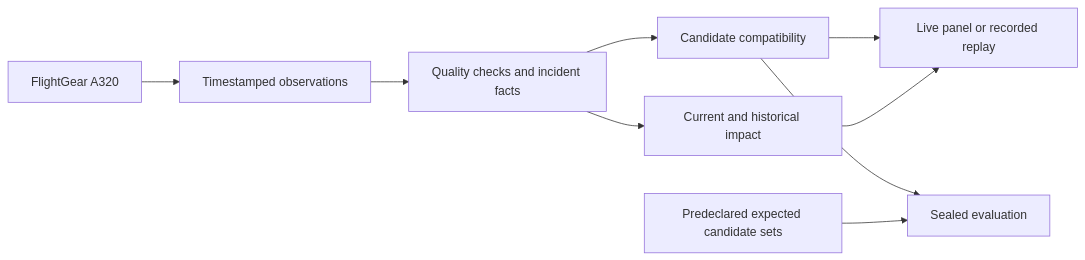
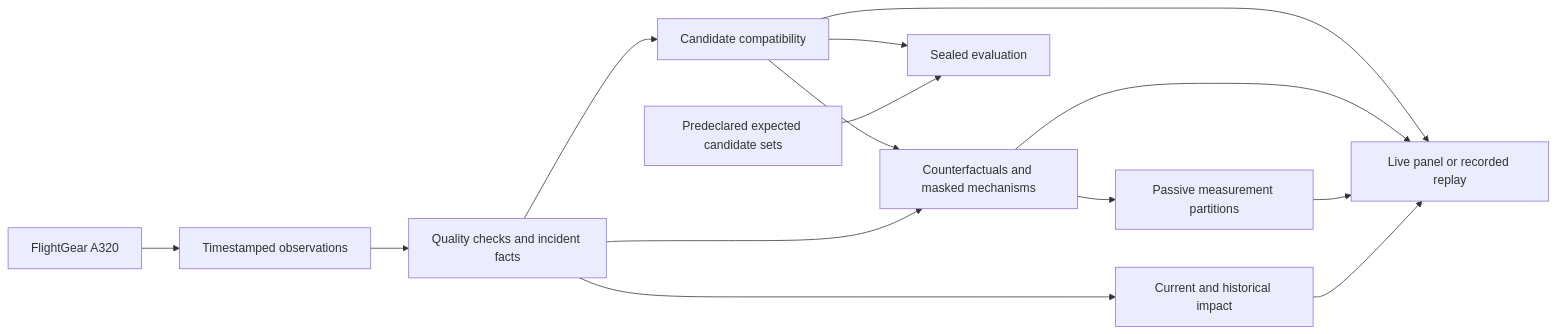
Before and after one commit to harshthakur-51/aerotrace: the diagram in docs/ARCHITECTURE.md, drawn with Mermaid. The commit also changed other lines of this file and 33 other files, not shown here.

````diff
--- a/docs/ARCHITECTURE.md
+++ b/docs/ARCHITECTURE.md
@@ -5,11 +5,16 @@
 ```mermaid
 flowchart LR
     FG[FlightGear A320] --> Obs[Timestamped observations]
     Obs --> Facts[Quality checks and incident facts]
     Facts --> Model[Candidate compatibility]
     Facts --> Impact[Current and historical impact]
     Model --> Viewer[Live panel or recorded replay]
+    Model --> Investigation[Counterfactuals and masked mechanisms]
+    Facts --> Investigation
+    Investigation --> Next[Passive measurement partitions]
+    Investigation --> Viewer
+    Next --> Viewer
     Impact --> Viewer
     Model --> Score[Sealed evaluation]
     Target[Predeclared expected candidate sets] --> Score
 ```
````
